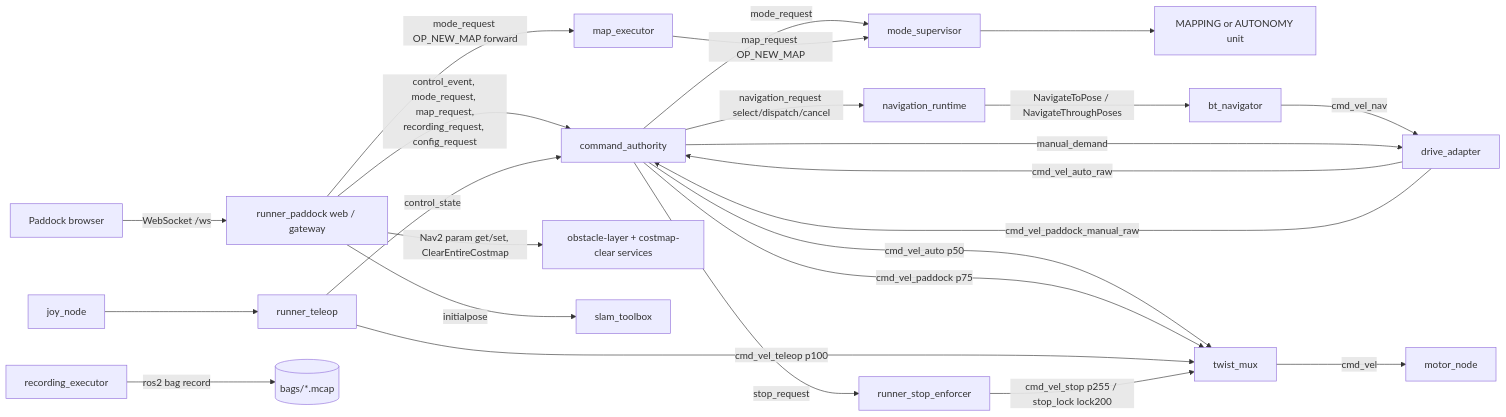
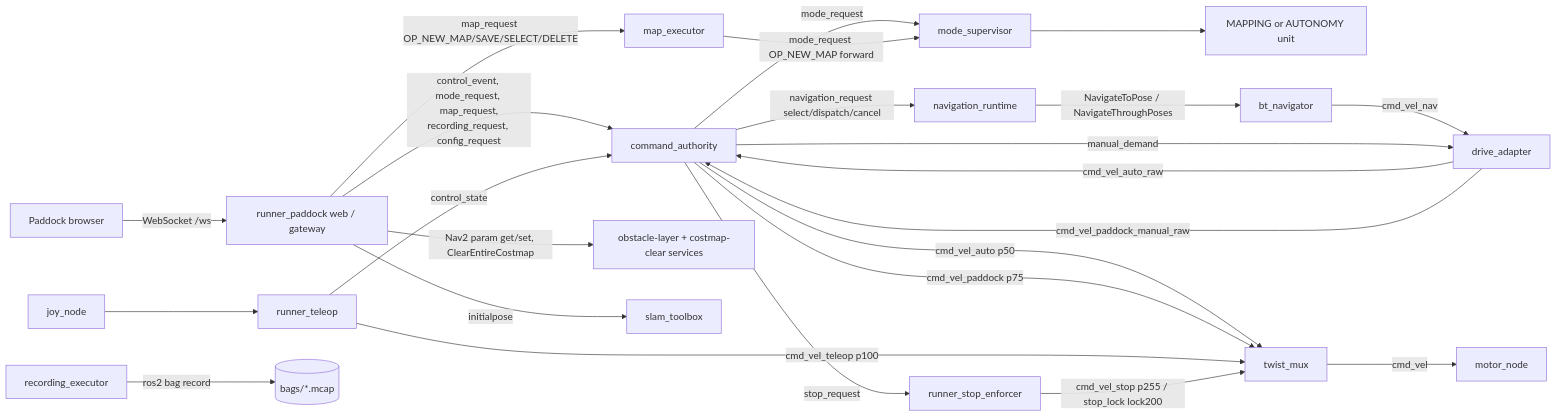
Before and after one commit to kroezem/ROS_PreRunner: the diagram in docs/runner_spec_v1.4.md, drawn with Mermaid. The commit also changed other lines of this file, not shown here.

````diff
--- a/docs/runner_spec_v1.4.md
+++ b/docs/runner_spec_v1.4.md
@@ -349,26 +349,26 @@
 ```mermaid
 flowchart LR
   Browser[Paddock browser] -->|WebSocket /ws| Web[runner_paddock web / gateway]
   Web -->|control_event, mode_request, map_request,\nrecording_request, config_request| Authority[command_authority]
-  Web -->|mode_request OP_NEW_MAP forward| MapExec[map_executor]
+  Web -->|map_request OP_NEW_MAP/SAVE/SELECT/DELETE| MapExec[map_executor]
   Web -->|Nav2 param get/set, ClearEntireCostmap| Nav2Params[obstacle-layer + costmap-clear services]
   Web -->|initialpose| SLAM[slam_toolbox]
   Authority -->|mode_request| Supervisor[mode_supervisor]
   Supervisor --> AppUnits[MAPPING or AUTONOMY unit]
   Authority -->|navigation_request select/dispatch/cancel| NavRuntime[navigation_runtime]
   NavRuntime -->|NavigateToPose / NavigateThroughPoses| BT[bt_navigator]
   BT -->|cmd_vel_nav| Adapter[drive_adapter]
   Authority -->|manual_demand| Adapter
   Adapter -->|cmd_vel_auto_raw| Authority
   Adapter -->|cmd_vel_paddock_manual_raw| Authority
   Authority -->|cmd_vel_auto p50| Mux[twist_mux]
   Authority -->|cmd_vel_paddock p75| Mux
   Joy[joy_node] --> Teleop[runner_teleop]
   Teleop -->|cmd_vel_teleop p100| Mux
   Teleop -->|control_state| Authority
   Authority -->|stop_request| Stop[runner_stop_enforcer]
   Stop -->|cmd_vel_stop p255 / stop_lock lock200| Mux
   Mux -->|cmd_vel| Motor[motor_node]
-  MapExec -->|map_request OP_NEW_MAP| Supervisor
+  MapExec -->|mode_request OP_NEW_MAP forward| Supervisor
   RecExec[recording_executor] -->|ros2 bag record| Bags[(bags/*.mcap)]
 ```
````
